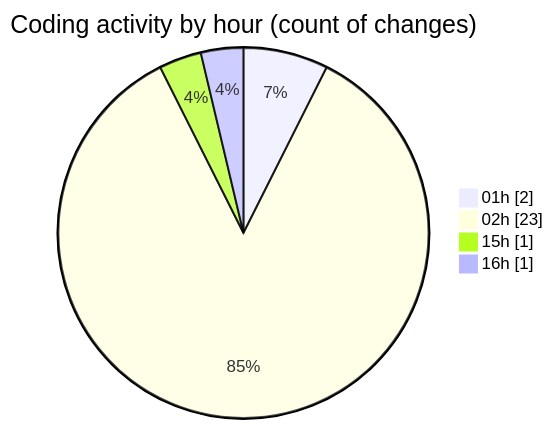
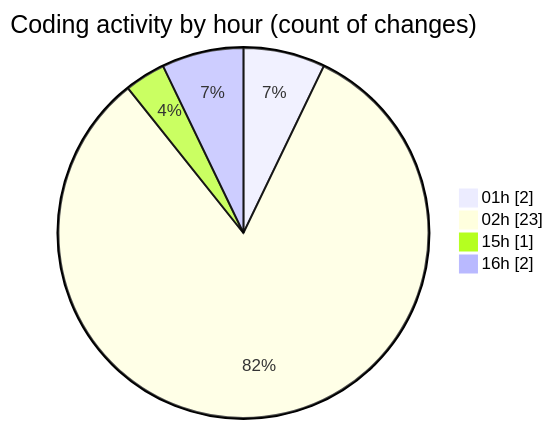
One commit to mevix1/code-tracking changed the second of 2 diagrams in 2025-10-01/open-health/README.md. Above: the diagram before and after it, drawn with Mermaid. The commit also changed other lines of this file and 1 other file, not shown here.

````diff
--- a/2025-10-01/open-health/README.md
+++ b/2025-10-01/open-health/README.md
@@ -41,8 +41,8 @@
 ```mermaid
 pie showData
 title Coding activity by hour (count of changes)
 "01h" : 2
 "02h" : 23
 "15h" : 1
-"16h" : 1
+"16h" : 2
 ```
````
